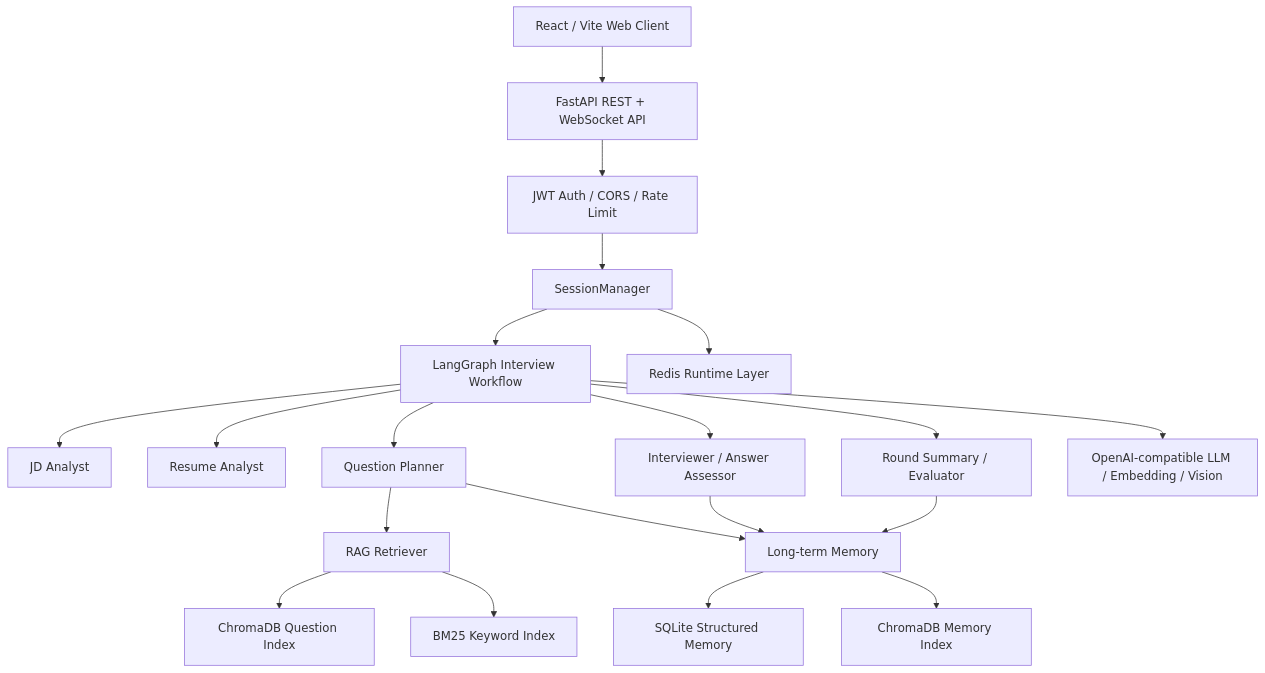
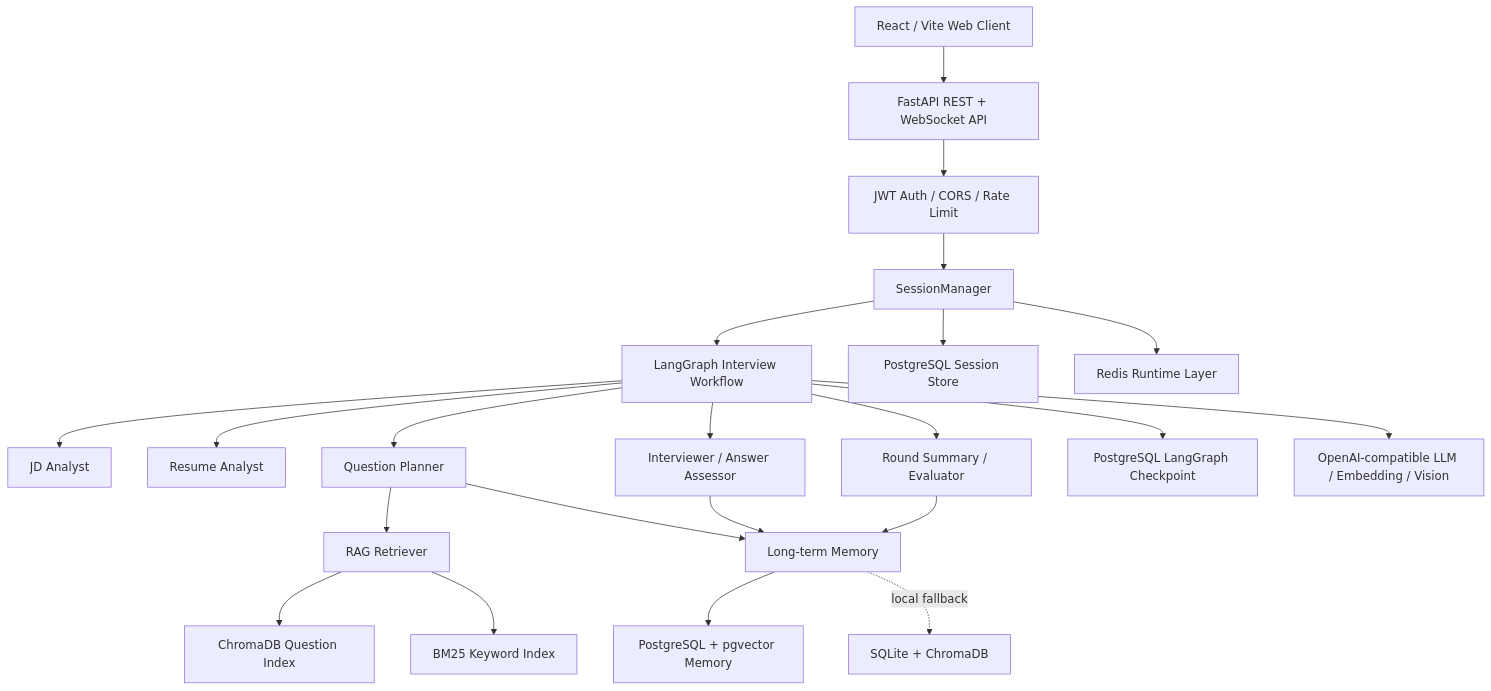
The diagram in README.md (han-dreamer/ai-mock-interview), drawn with Mermaid before and after one commit. The commit also changed other lines of this file and 6 other files, not shown here.

Commit message:
docs: sync postgres memory architecture

````diff
--- a/README.md
+++ b/README.md
@@ -35,25 +35,27 @@
 ```mermaid
 flowchart TD
     Web["React / Vite Web Client"] --> API["FastAPI REST + WebSocket API"]
     API --> Security["JWT Auth / CORS / Rate Limit"]
     Security --> Session["SessionManager"]
     Session --> Graph["LangGraph Interview Workflow"]
 
     Graph --> JD["JD Analyst"]
     Graph --> Resume["Resume Analyst"]
     Graph --> Planner["Question Planner"]
     Graph --> Interviewer["Interviewer / Answer Assessor"]
     Graph --> Evaluator["Round Summary / Evaluator"]
 
     Planner --> RAG["RAG Retriever"]
     Planner --> Memory["Long-term Memory"]
     Interviewer --> Memory
     Evaluator --> Memory
 
     RAG --> ChromaQ["ChromaDB Question Index"]
     RAG --> BM25["BM25 Keyword Index"]
-    Memory --> SQLite["SQLite Structured Memory"]
-    Memory --> ChromaM["ChromaDB Memory Index"]
+    Graph --> Checkpoint["PostgreSQL LangGraph Checkpoint"]
+    Session --> SessionDB["PostgreSQL Session Store"]
+    Memory --> PGMemory["PostgreSQL + pgvector Memory"]
+    Memory -. local fallback .-> LocalMemory["SQLite + ChromaDB"]
     Session --> Redis["Redis Runtime Layer"]
     Graph --> LLM["OpenAI-compatible LLM / Embedding / Vision"]
 ```
````
